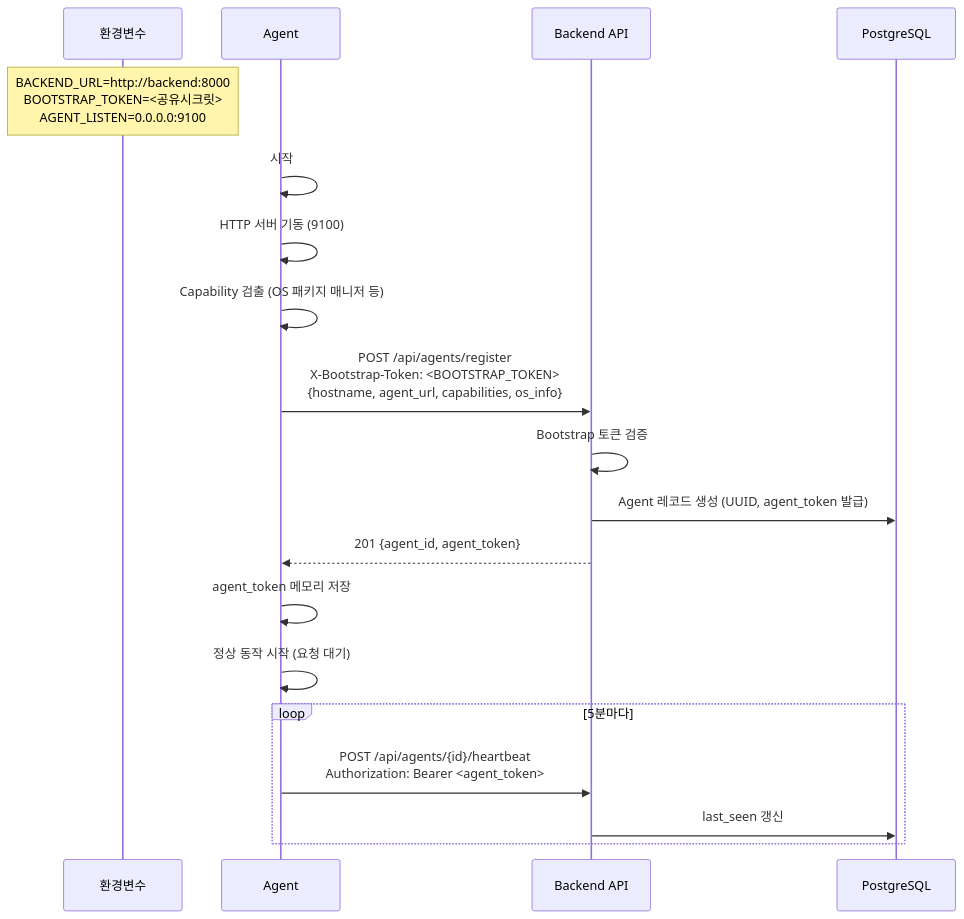
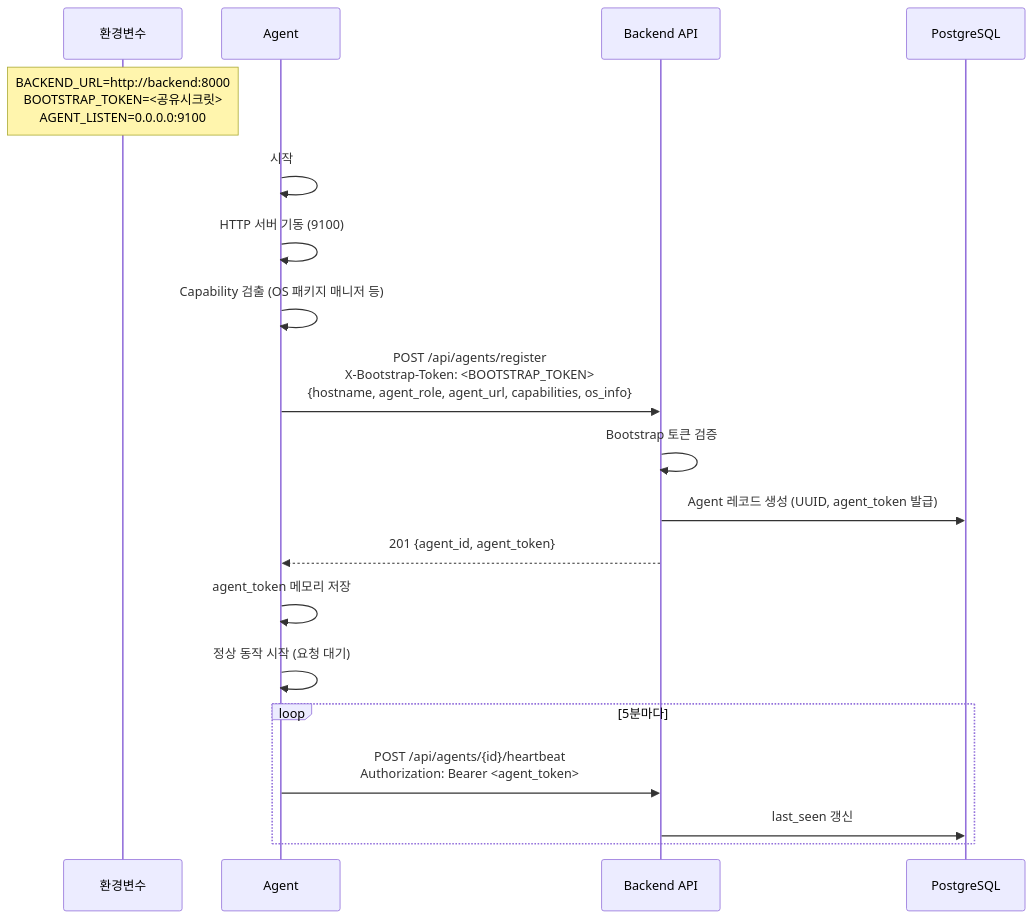
The second of 3 diagrams in docs/04-agent.md (ehdgks0627/crypto-scanner), drawn with Mermaid before and after one commit. The commit also changed other lines of this file and 30 other files, not shown here.

````diff
--- a/docs/04-agent.md
+++ b/docs/04-agent.md
@@ -58,24 +63,24 @@
 ```mermaid
 sequenceDiagram
     participant E as 환경변수
     participant A as Agent
     participant B as Backend API
     participant DB as PostgreSQL
 
     Note over E: BACKEND_URL=http://backend:8000<br/>BOOTSTRAP_TOKEN=<공유시크릿><br/>AGENT_LISTEN=0.0.0.0:9100
 
     A->>A: 시작
     A->>A: HTTP 서버 기동 (9100)
     A->>A: Capability 검출 (OS 패키지 매니저 등)
-    A->>B: POST /api/agents/register<br/>X-Bootstrap-Token: <BOOTSTRAP_TOKEN><br/>{hostname, agent_url, capabilities, os_info}
+    A->>B: POST /api/agents/register<br/>X-Bootstrap-Token: <BOOTSTRAP_TOKEN><br/>{hostname, agent_role, agent_url, capabilities, os_info}
     B->>B: Bootstrap 토큰 검증
     B->>DB: Agent 레코드 생성 (UUID, agent_token 발급)
     B-->>A: 201 {agent_id, agent_token}
     A->>A: agent_token 메모리 저장
     A->>A: 정상 동작 시작 (요청 대기)
 
     loop 5분마다
         A->>B: POST /api/agents/{id}/heartbeat<br/>Authorization: Bearer <agent_token>
         B->>DB: last_seen 갱신
     end
 ```
````
